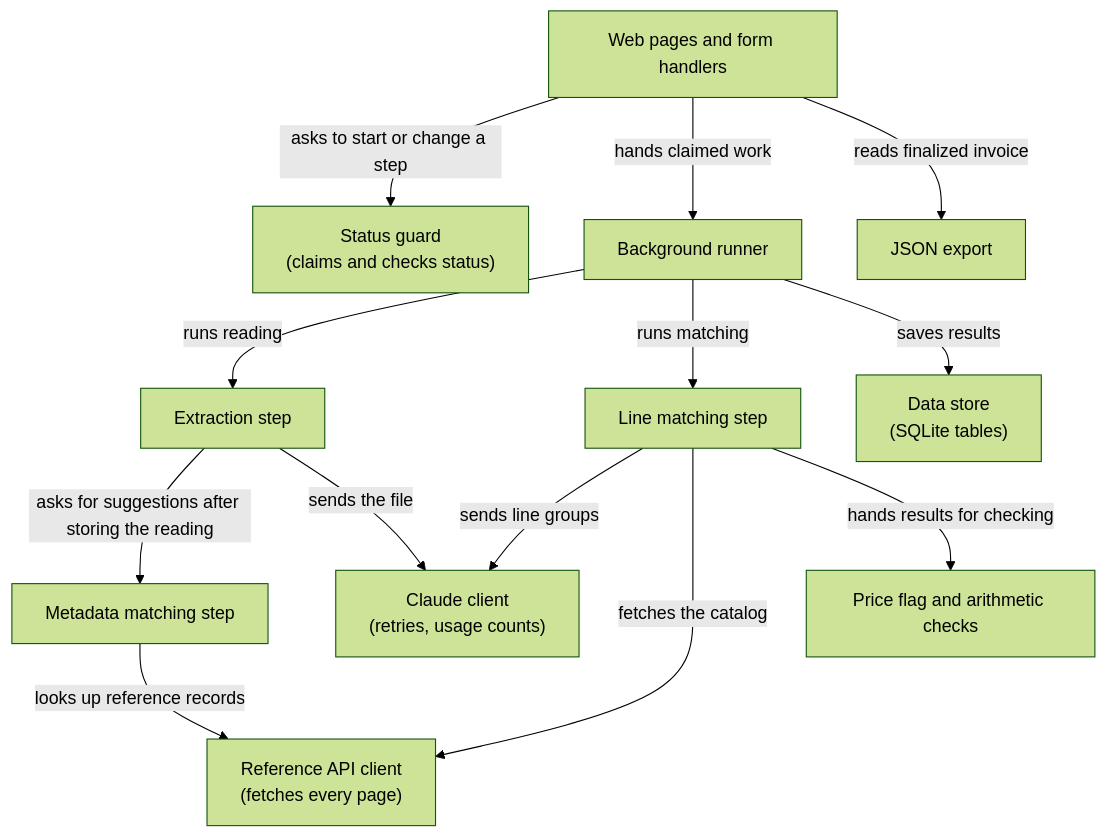
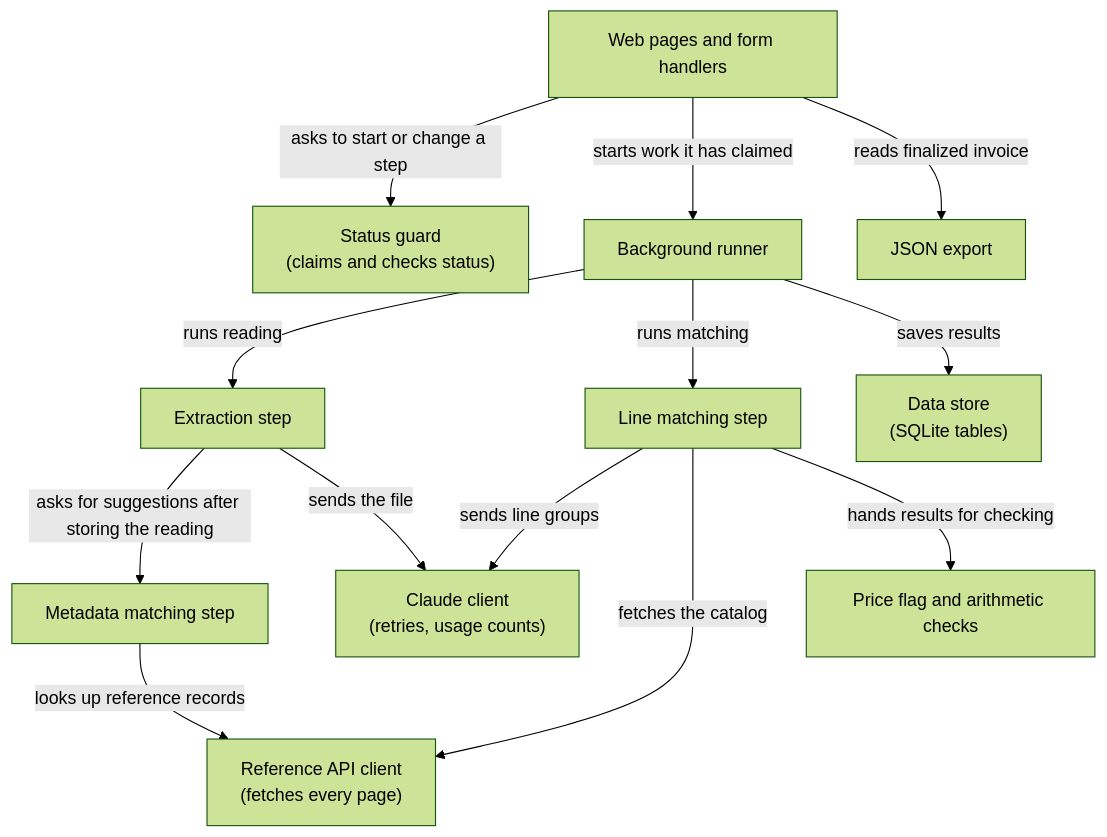
The second of 14 diagrams in docs/ARCHITECTURE.md (lucycchi/ai-invoice-ingestion-platform), drawn with Mermaid (forest theme) before and after one commit. The commit also changed other lines of this file and 29 other files, not shown here.

````diff
--- a/docs/ARCHITECTURE.md
+++ b/docs/ARCHITECTURE.md
@@ -75,27 +75,27 @@
 ```mermaid
 flowchart TB
     pages["Web pages and form handlers"]
     status["Status guard<br/>(claims and checks status)"]
     runner["Background runner"]
     extract["Extraction step"]
     meta["Metadata matching step"]
     lines["Line matching step"]
     flags["Price flag and arithmetic checks"]
     export["JSON export"]
     refclient["Reference API client<br/>(fetches every page)"]
     claudeclient["Claude client<br/>(retries, usage counts)"]
     store["Data store<br/>(SQLite tables)"]
 
     pages -->|"asks to start or change a step"| status
-    pages -->|"hands claimed work"| runner
+    pages -->|"starts work it has claimed"| runner
     runner -->|"runs reading"| extract
     extract -->|"asks for suggestions after storing the reading"| meta
     runner -->|"runs matching"| lines
     extract -->|"sends the file"| claudeclient
     lines -->|"sends line groups"| claudeclient
     meta -->|"looks up reference records"| refclient
     lines -->|"fetches the catalog"| refclient
     lines -->|"hands results for checking"| flags
     pages -->|"reads finalized invoice"| export
     runner -->|"saves results"| store
 ```
````
